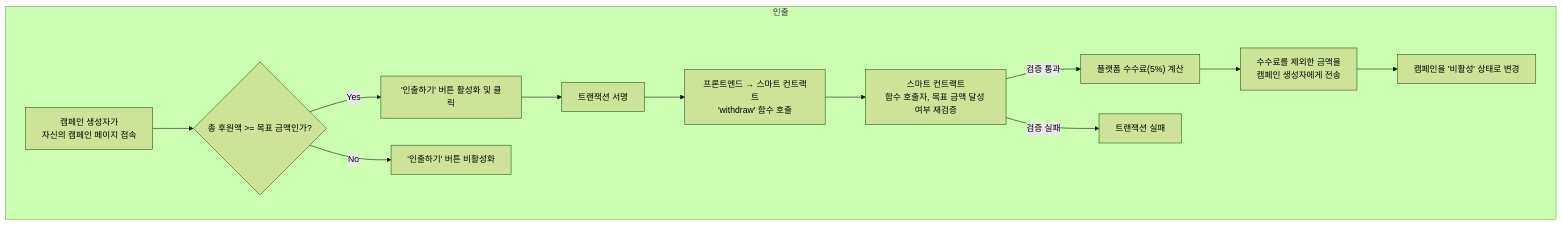
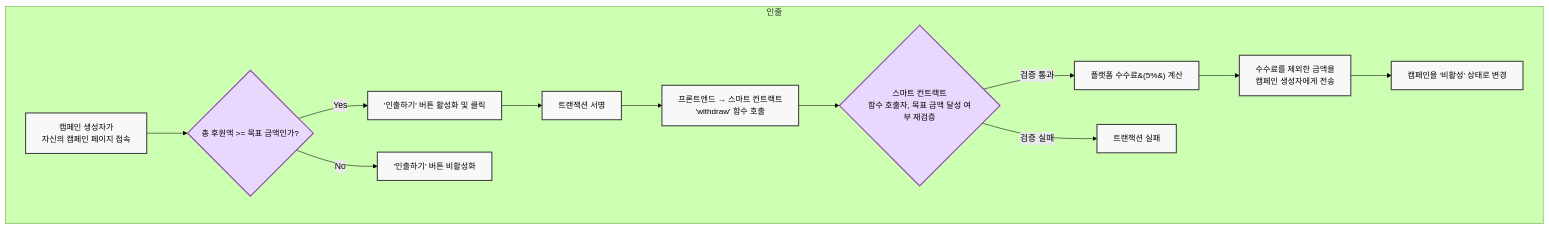
The third of 3 diagrams in 2025-Blockthon.md (dolf3131/2025-Blockthon), drawn with Mermaid (forest theme) before and after one commit. The commit also changed other lines of this file, not shown here.

Commit message:
Update: Mermaid.js

````diff
--- a/2025-Blockthon.md
+++ b/2025-Blockthon.md
@@ -45,15 +59,23 @@
 ```mermaid
 graph TD
     subgraph "인출"
         A[캠페인 생성자가<br/>자신의 캠페인 페이지 접속] --> B{총 후원액 >= 목표 금액인가?};
         B -- Yes --> C['인출하기' 버튼 활성화 및 클릭];
         C --> D[트랜잭션 서명];
         D --> E[프론트엔드 → 스마트 컨트랙트<br/>'withdraw' 함수 호출];
-        E --> F[스마트 컨트랙트<br/>함수 호출자, 목표 금액 달성 여부 재검증];
-        F -- 검증 통과 --> G[플랫폼 수수료#40;5%#41; 계산];
+        E --> F{스마트 컨트랙트<br/>함수 호출자, 목표 금액 달성 여부 재검증};
+        F -- 검증 통과 --> G[플랫폼 수수료&#40;5%&#41; 계산];
         G --> H[수수료를 제외한 금액을<br/>캠페인 생성자에게 전송];
         H --> I[캠페인을 '비활성' 상태로 변경];
         B -- No --> J['인출하기' 버튼 비활성화];
         F -- 검증 실패 --> K[트랜잭션 실패];
     end
+
+    %% --- 스타일 정의 ---
+    classDef defaultNode fill:#f8f8f8,stroke:#444,stroke-width:2px,font-size:15px
+    classDef conditionNode fill:#e9d8fd,stroke:#8e44ad,stroke-width:2px,font-size:15px
+
+    %% --- 스타일 적용 ---
+    class A,C,D,E,G,H,I,J,K defaultNode
+    class B,F conditionNode
 ```
````
